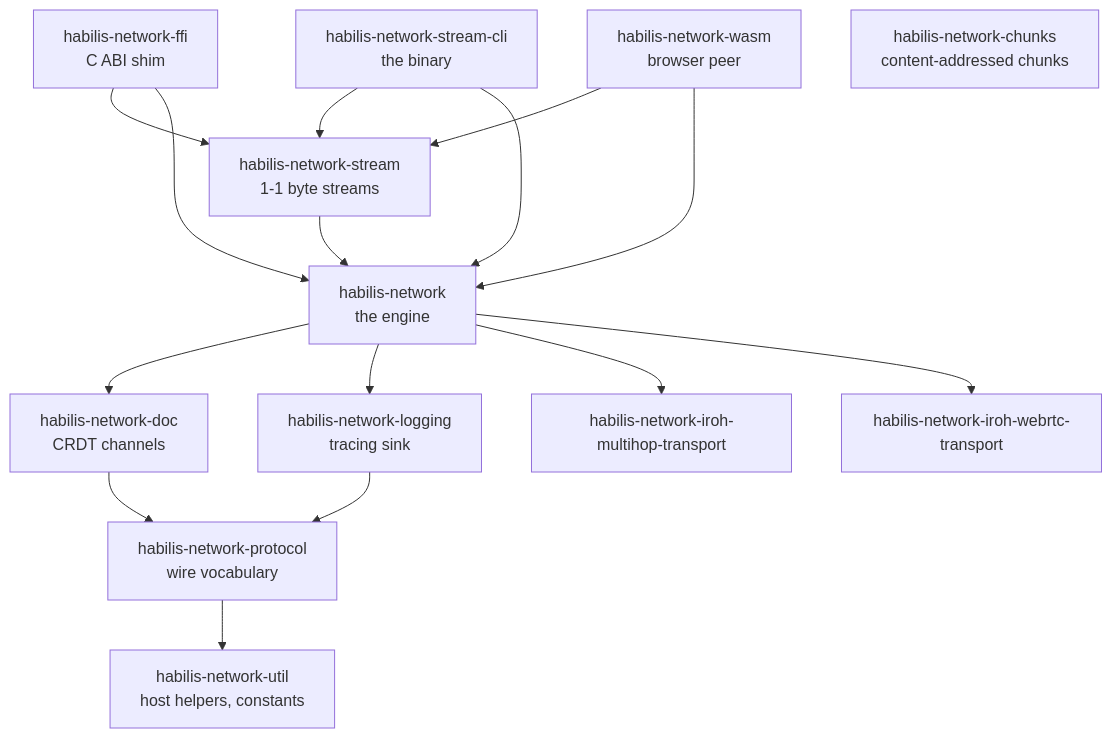
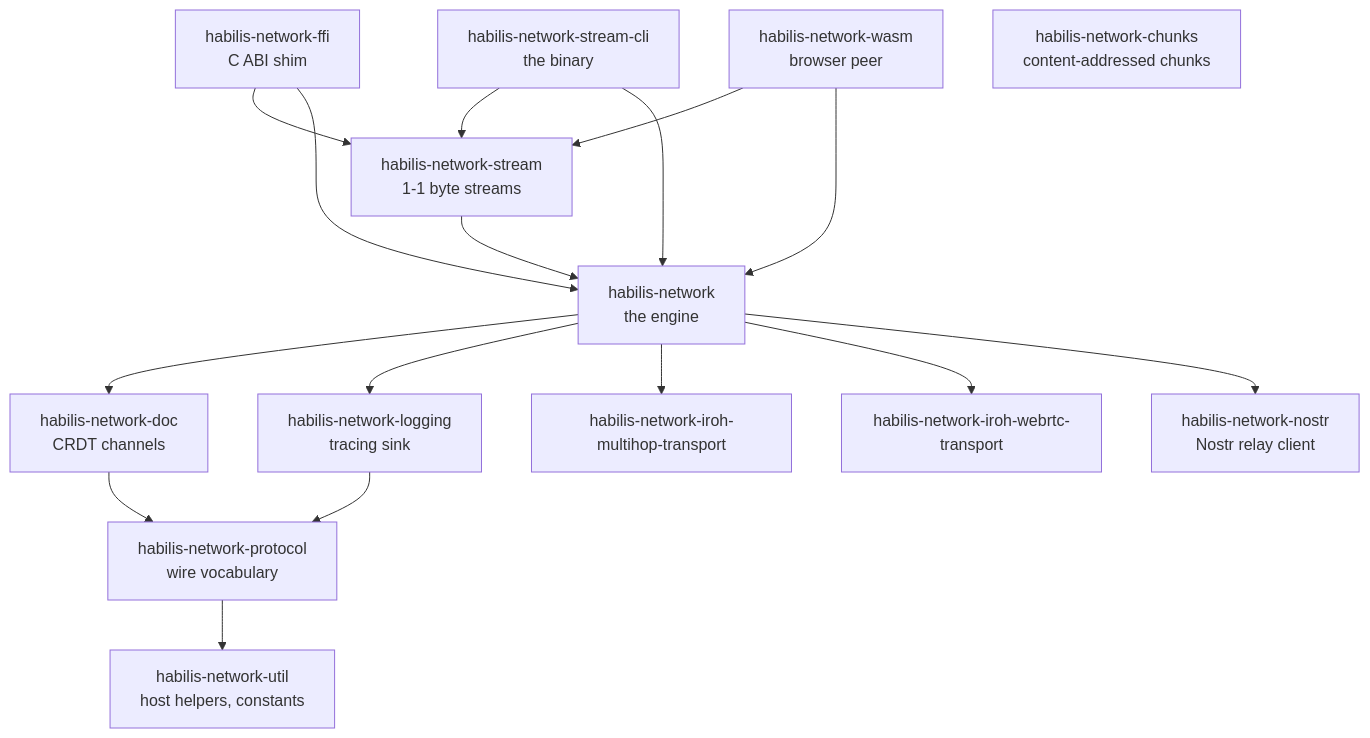
One commit to agent-habilis/habilis-network changed the second of 10 diagrams in docs/architecture.md. Above: the diagram before and after it, drawn with Mermaid. The commit also changed other lines of this file and 72 other files, not shown here.

````diff
--- a/docs/architecture.md
+++ b/docs/architecture.md
@@ -89,18 +89,19 @@
 ```mermaid
 graph TD
     ffi["habilis-network-ffi<br>C ABI shim"] --> stream["habilis-network-stream<br>1-1 byte streams"]
     wasm["habilis-network-wasm<br>browser peer"] --> stream
     cli["habilis-network-stream-cli<br>the binary"] --> stream
     cli --> engine
     ffi --> engine
     wasm --> engine
     stream --> engine
     engine["habilis-network<br>the engine"] --> doc["habilis-network-doc<br>CRDT channels"]
     engine --> logging["habilis-network-logging<br>tracing sink"]
     engine --> mh["habilis-network-iroh-multihop-transport"]
     engine --> webrtc["habilis-network-iroh-webrtc-transport"]
+    engine --> nostr["habilis-network-nostr<br>Nostr relay client"]
     doc --> proto["habilis-network-protocol<br>wire vocabulary"]
     logging --> proto
     proto --> util["habilis-network-util<br>host helpers, constants"]
     chunks["habilis-network-chunks<br>content-addressed chunks"]
 ```
````
